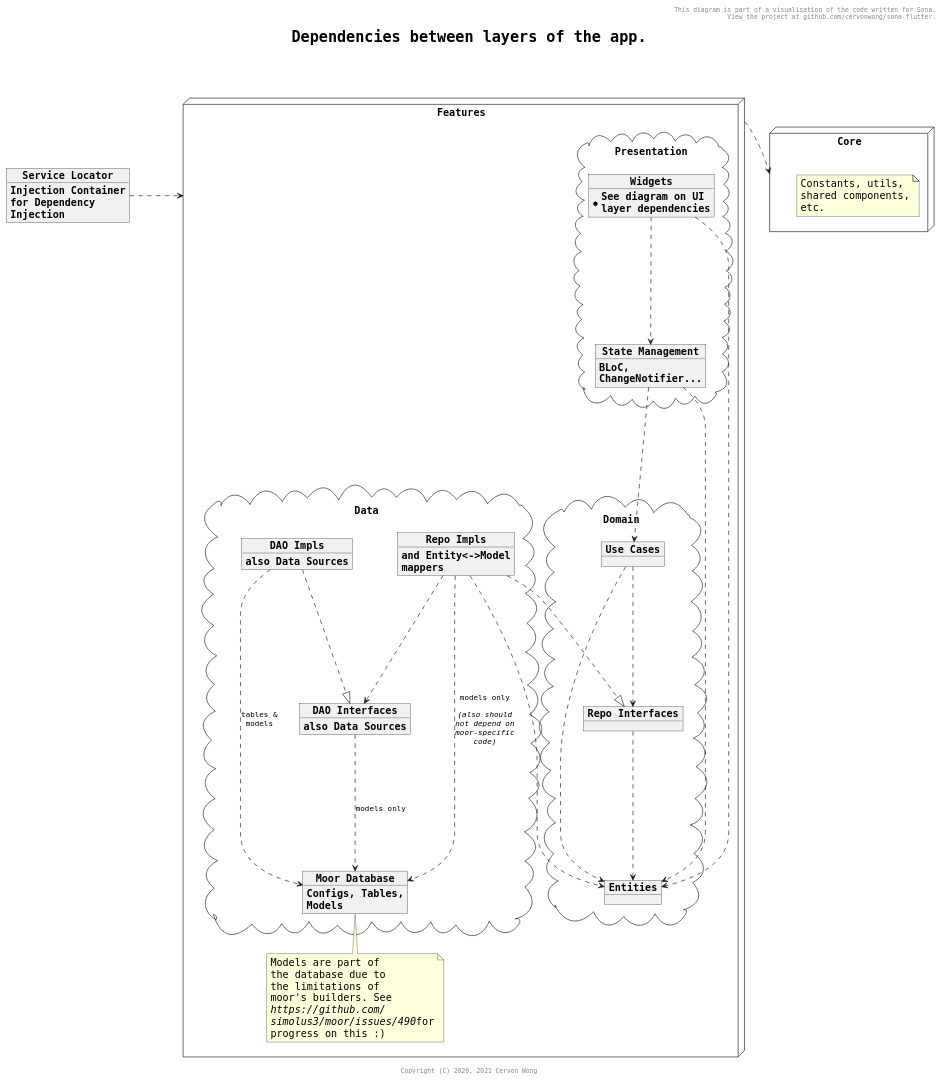
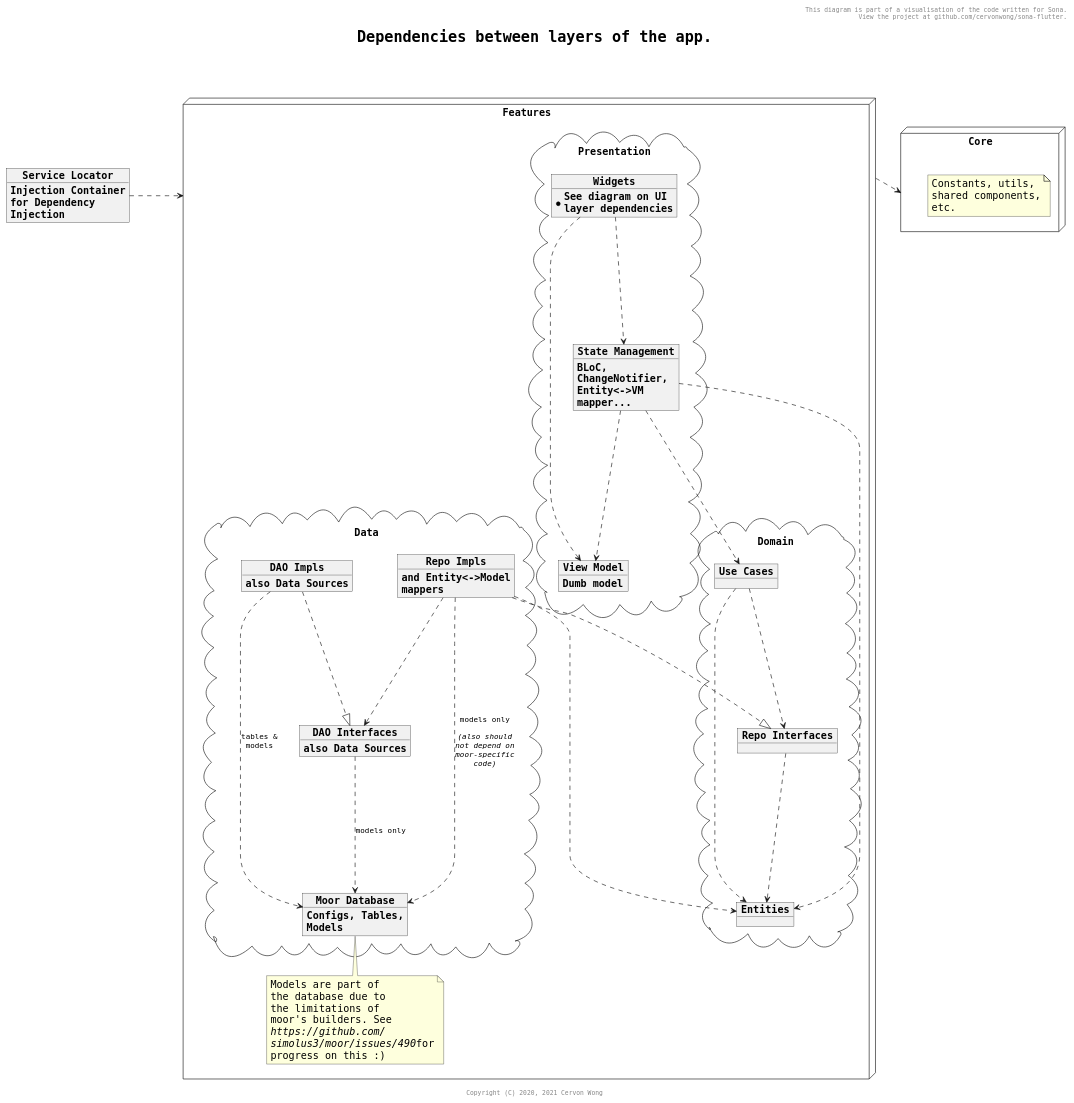
The diagram in docs/puml/architecture_dependencies.puml (cervonwong/sona-flutter), drawn with PlantUML before and after one commit. The commit also changed 1 other file, not shown here.

Commit message:
Docs(puml): Include view model into architecture dependencies diagram

```diff
--- a/docs/puml/architecture_dependencies.puml
+++ b/docs/puml/architecture_dependencies.puml
@@ -1,79 +1,83 @@
 @startuml
 
 skinparam wrapWidth 200
 skinparam maxMessageSize 100
 skinparam defaultFontName Monospaced
 skinparam defaultFontSize 16
 skinparam arrowFontSize 12
 skinparam objectFontStyle bold
 skinparam titleFontSize 24
 skinparam titleFontStyle bold
 skinparam shadowing false
 
 header This diagram is part of a visualisation of the code written for Sona.\n View the project at github.com/cervonwong/sona-flutter.
 title Dependencies between layers of the app.\n
 footer Copyright (C) 2020, 2021 Cervon Wong
 
 package Features <<Node>> {
 	package Presentation <<Cloud>> {
 		object "Widgets" as w {
 			*See diagram on UI layer dependencies
 		}
+		object "View Model" as vm {
+		    Dumb model
+		}
 		object "State Management" as s {
-			BLoC, ChangeNotifier...
+			BLoC, ChangeNotifier, Entity<->VM mapper...
 		}
 	}
 	
 	package Domain <<Cloud>> {
 		object "Use Cases" as u
 		object "Entities" as e
 		object "Repo Interfaces" as ir
 	}
 	
 	package Data <<Cloud>> {
 		object "Repo Impls" as ri {
 			and Entity<->Model mappers
 		}
 		object "DAO Impls" AS di {
 			also Data Sources
 		}
 		object "DAO Interfaces" as id {
 			also Data Sources
 		}
 		object "Moor Database" as db {
 			Configs, Tables, Models
 		}
 	}
 
 	note bottom of db
     	Models are part of the database due to the limitations of moor's builders. See <i>https://github.com/ simolus3/moor/issues/490</i>for progress on this :)
     end note
 }
 
 object "Service Locator" as sl {
 	Injection Container for Dependency Injection
 }
 
 package Core <<Node>> {
 	note "Constants, utils, shared components, etc." as n1
 }
 
 w  ....>  s
-w  ....>  e
+w  ....>  vm
 s  ....>  u
 s  ....>  e
+s  ....>  vm
 u  ....>  e
 u  ....>  ir
 ir ....>  e
 ri ....|> ir
 ri ....>  id
 ri ....>  db : models only\n\n<i>(also should not depend on moor-specific code)
 ri ....>  e
 di ....>  db : tables & models
 di ....|> id
 id ....>  db : models only
 
 sl .> Features : \t
 Features .> Core : \t
 
 @enduml
```
